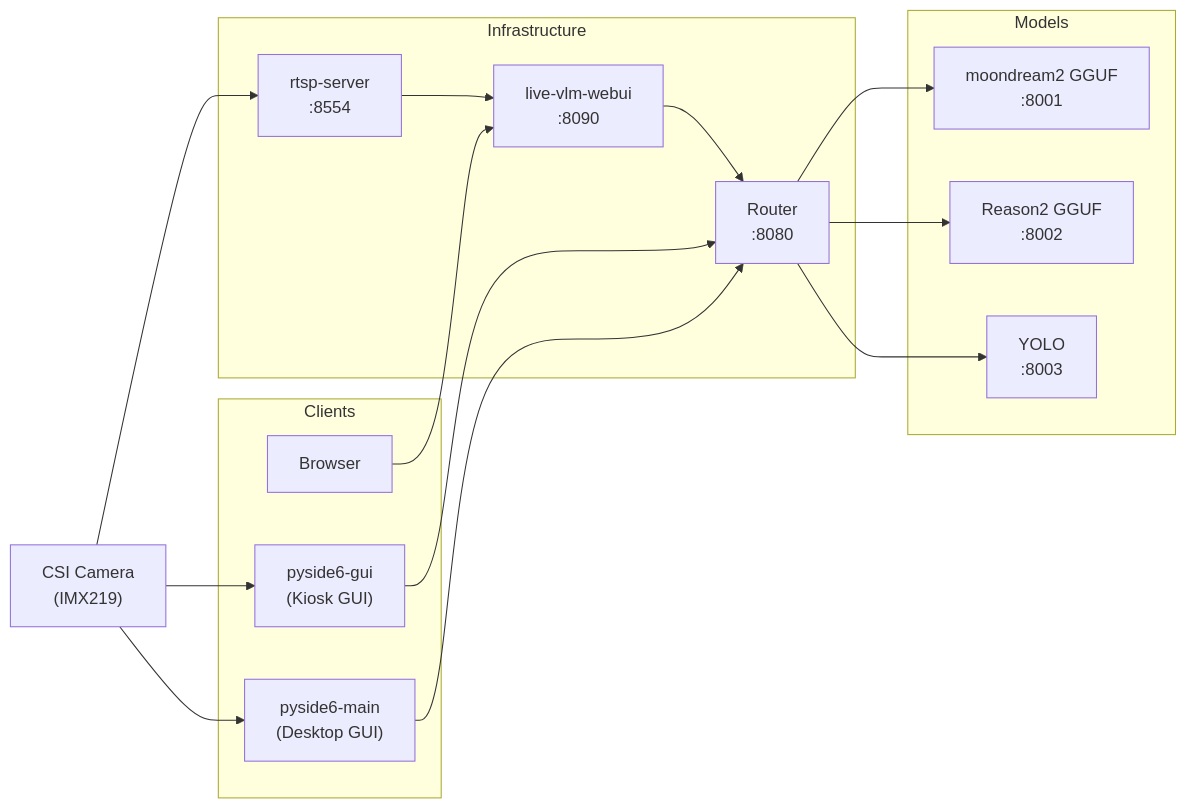
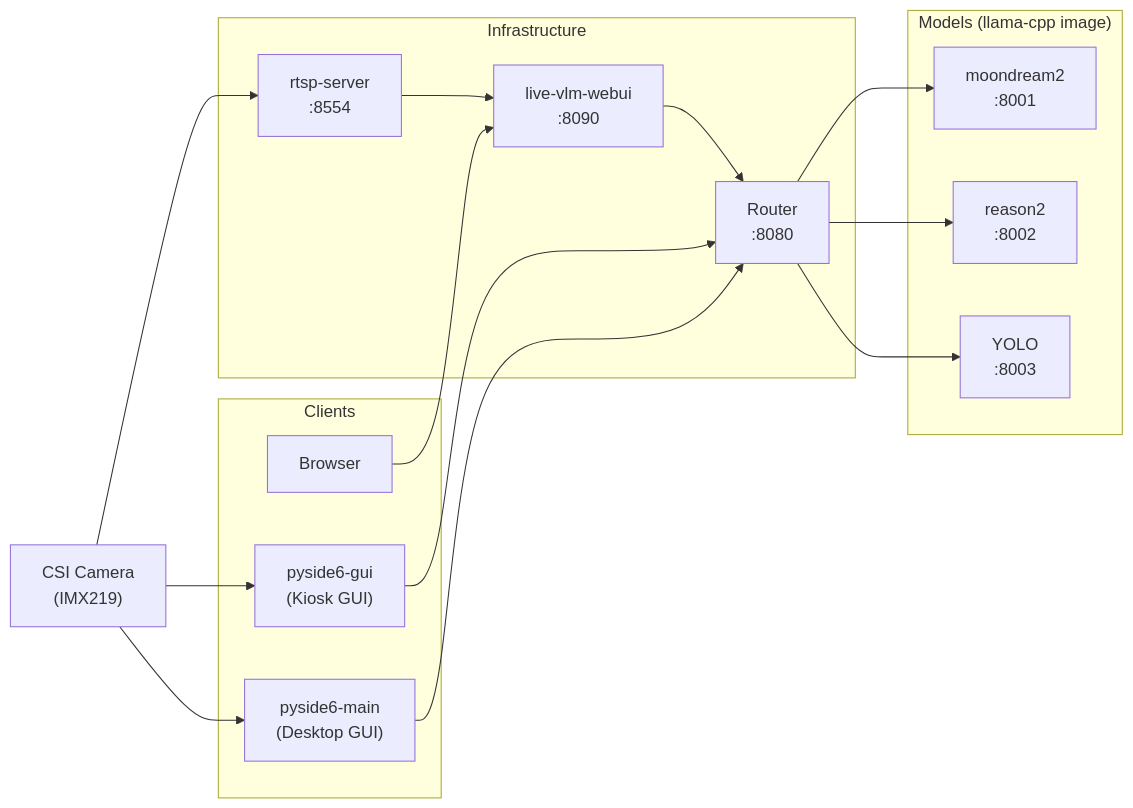
Before and after one commit to ccbruce0812/nikko-vlm-webui: the diagram in readme.md, drawn with Mermaid. The commit also changed other lines of this file, not shown here.

Commit message:
Update mermaid. Update container table.

````diff
--- a/readme.md
+++ b/readme.md
@@ -16,32 +16,32 @@
 ```mermaid
 flowchart LR
     subgraph Clients["Clients"]
         Browser["Browser"]
         Kiosk["pyside6-gui<br/>(Kiosk GUI)"]
         Desktop["pyside6-main<br/>(Desktop GUI)"]
     end
 
     subgraph Infra["Infrastructure"]
         WebUI["live-vlm-webui<br/>:8090"]
         RTSP["rtsp-server<br/>:8554"]
         Router["Router<br/>:8080"]
     end
 
-    subgraph Models["Models"]
-        Moon["moondream2 GGUF<br/>:8001"]
-        Cosmos["Reason2 GGUF<br/>:8002"]
+    subgraph Models["Models (llama-cpp image)"]
+        Moon["moondream2<br/>:8001"]
+        Cosmos["reason2<br/>:8002"]
         YOLO["YOLO<br/>:8003"]
     end
 
     CSI["CSI Camera<br/>(IMX219)"]
 
     Browser --> WebUI --> Router
     CSI --> RTSP --> WebUI
     CSI --> Kiosk
     CSI --> Desktop
     Kiosk --> Router
     Desktop --> Router
     Router --> Moon
     Router --> Cosmos
     Router --> YOLO
 ```
````
